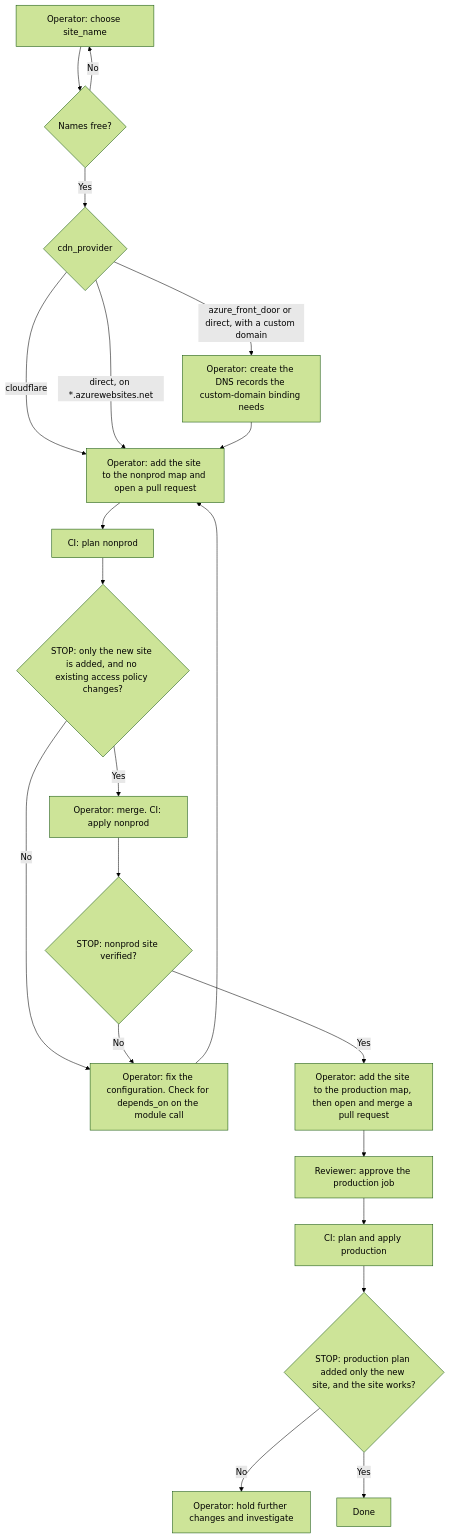
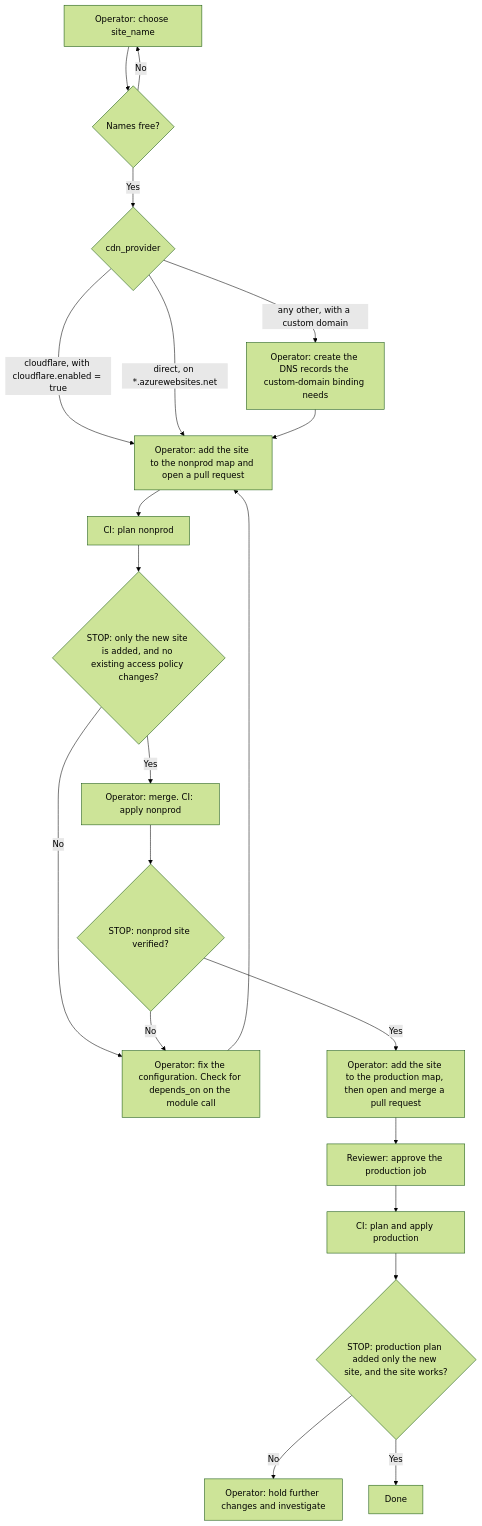
The second of 2 diagrams in docs/deployment-guide.md (agenticcodingops/azure-wordpress), drawn with Mermaid (forest theme) before and after one commit. The commit also changed other lines of this file and 1 other file, not shown here.

First line of the commit message:
docs: address review findings on approvals, state role, DNS and media

````diff
--- a/docs/deployment-guide.md
+++ b/docs/deployment-guide.md
@@ -470,23 +481,23 @@
 ```mermaid
 flowchart TD
     A["Operator: choose site_name"] --> B{"Names free?"}
     B -- No --> A
     B -- Yes --> C{"cdn_provider"}
-    C -- cloudflare --> E["Operator: add the site to the nonprod map and open a pull request"]
-    C -- "azure_front_door or direct, with a custom domain" --> D["Operator: create the DNS records the custom-domain binding needs"]
+    C -- "cloudflare, with cloudflare.enabled = true" --> E["Operator: add the site to the nonprod map and open a pull request"]
+    C -- "any other, with a custom domain" --> D["Operator: create the DNS records the custom-domain binding needs"]
     C -- "direct, on *.azurewebsites.net" --> E
     D --> E
     E --> F["CI: plan nonprod"]
     F --> G{"STOP: only the new site is added, and no existing access policy changes?"}
     G -- No --> H["Operator: fix the configuration. Check for depends_on on the module call"]
     H --> E
     G -- Yes --> I["Operator: merge. CI: apply nonprod"]
     I --> J{"STOP: nonprod site verified?"}
     J -- No --> H
     J -- Yes --> K["Operator: add the site to the production map, then open and merge a pull request"]
     K --> L["Reviewer: approve the production job"]
     L --> M["CI: plan and apply production"]
     M --> N{"STOP: production plan added only the new site, and the site works?"}
     N -- No --> O["Operator: hold further changes and investigate"]
     N -- Yes --> P["Done"]
 ```
````
